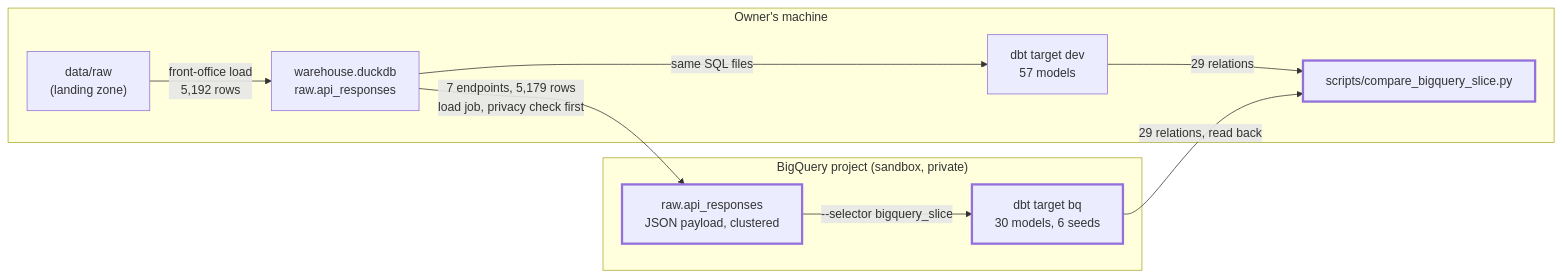
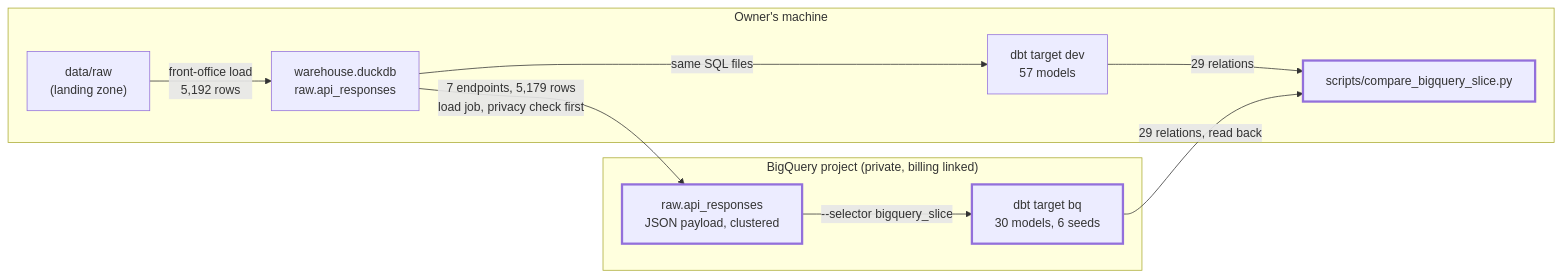
One commit to nick-socci/front-office changed the diagram in docs/specs/0130-bigquery-spike/design.md. Above: the diagram before and after it, drawn with Mermaid. The commit also changed other lines of this file and 6 other files, not shown here.

Commit message:
Record the owner's decisions on the BigQuery spike spec: billing linked first, a budget alert, and the external table measured once (#130)

````diff
--- a/docs/specs/0130-bigquery-spike/design.md
+++ b/docs/specs/0130-bigquery-spike/design.md
@@ -33,21 +33,21 @@
 ```mermaid
 flowchart LR
     subgraph local["Owner's machine"]
         LZ["data/raw<br/>(landing zone)"]
         DUCK["warehouse.duckdb<br/>raw.api_responses"]
         DEV["dbt target dev<br/>57 models"]
         CMP["scripts/compare_bigquery_slice.py"]
     end
-    subgraph gcp["BigQuery project (sandbox, private)"]
+    subgraph gcp["BigQuery project (private, billing linked)"]
         BQRAW["raw.api_responses<br/>JSON payload, clustered"]
         BQ["dbt target bq<br/>30 models, 6 seeds"]
     end
     LZ -->|"front-office load<br/>5,192 rows"| DUCK
     DUCK -->|"same SQL files"| DEV
     DUCK -->|"7 endpoints, 5,179 rows<br/>load job, privacy check first"| BQRAW
     BQRAW -->|"--selector bigquery_slice"| BQ
     DEV -->|"29 relations"| CMP
     BQ -->|"29 relations, read back"| CMP
     classDef new stroke-width:3px
     class BQRAW,BQ,CMP new
 ```
````
